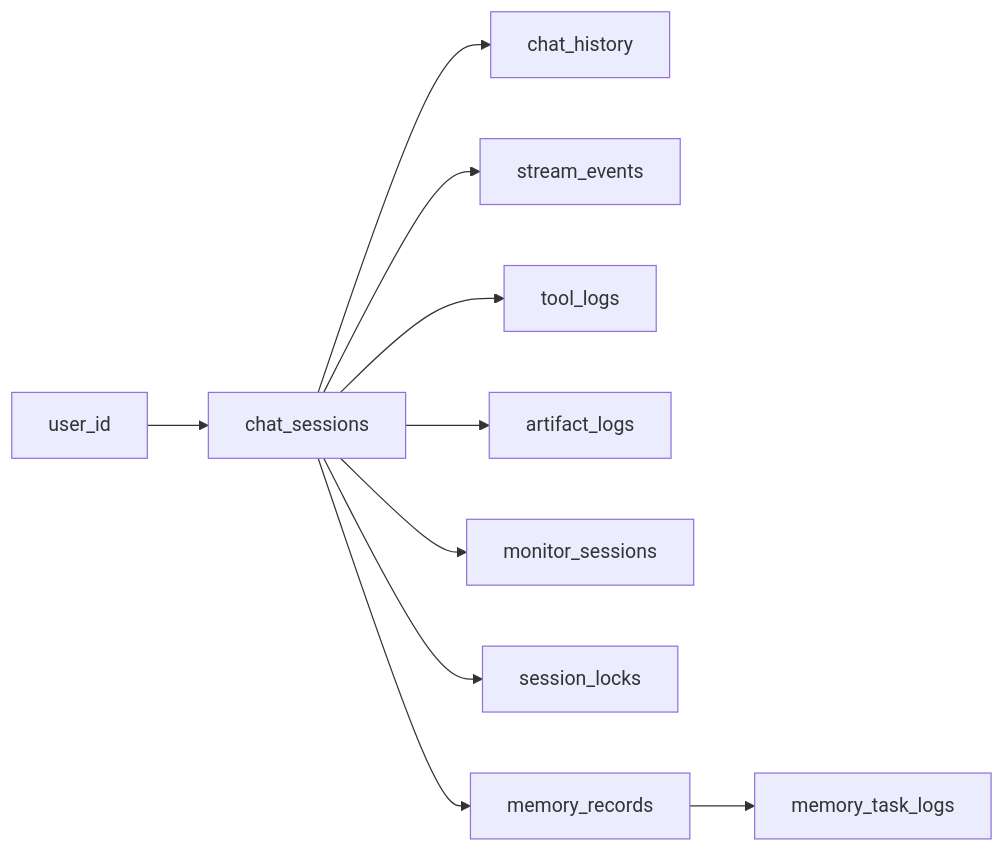
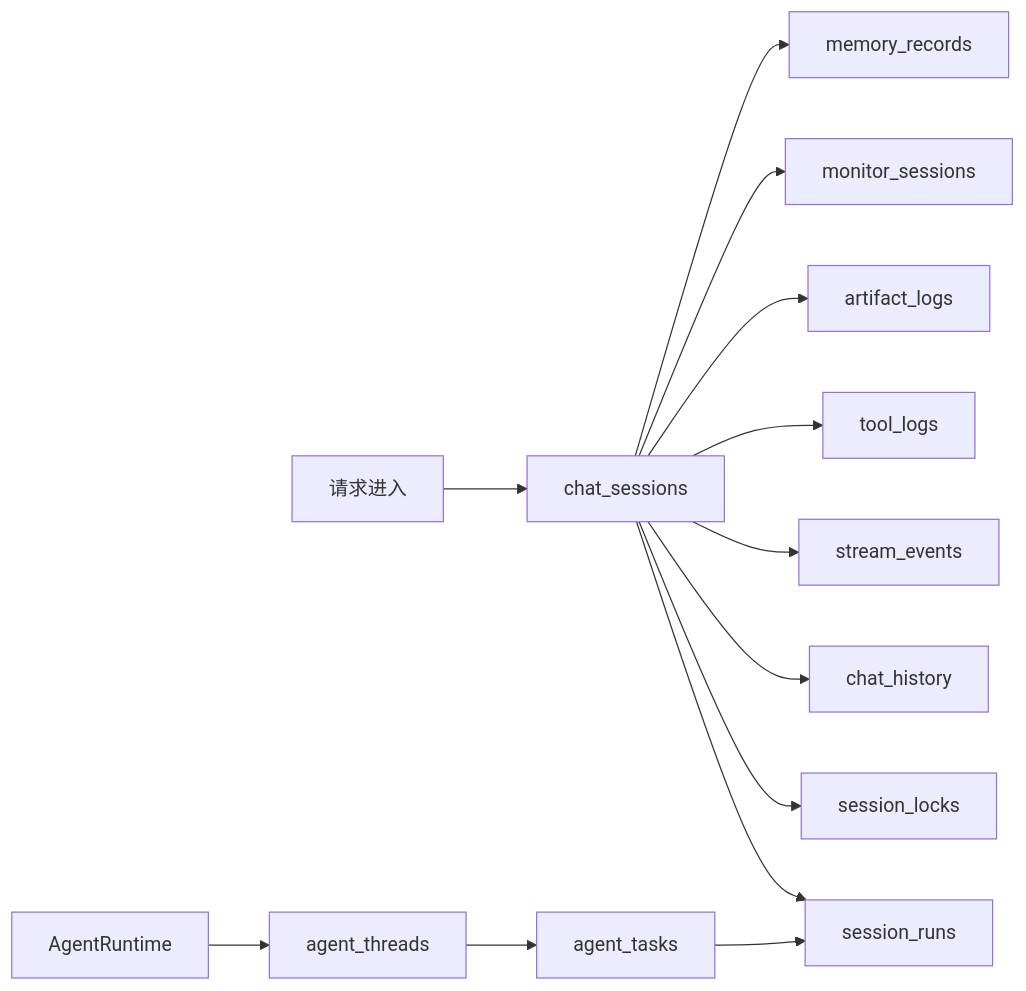
One commit to ylsdamxssjxxdd/wunder changed the second of 5 diagrams in docs/数据库设计.md. Above: the diagram before and after it, drawn with Mermaid. The commit also changed other lines of this file and 20 other files, not shown here.

````diff
--- a/docs/数据库设计.md
+++ b/docs/数据库设计.md
@@ -62,12 +159,16 @@
 ```mermaid
 flowchart LR
-  U[user_id] --> CS[chat_sessions]
+  REQ[请求进入] --> CS[chat_sessions]
+  CS --> SR[session_runs]
+  CS --> SL[session_locks]
   CS --> CH[chat_history]
   CS --> SE[stream_events]
   CS --> TL[tool_logs]
   CS --> AL[artifact_logs]
   CS --> MS[monitor_sessions]
-  CS --> SL[session_locks]
   CS --> MR[memory_records]
-  MR --> MT[memory_task_logs]
+
+  AR[AgentRuntime] --> TH[agent_threads]
+  TH --> TQ[agent_tasks]
+  TQ --> SR
 ```
````
